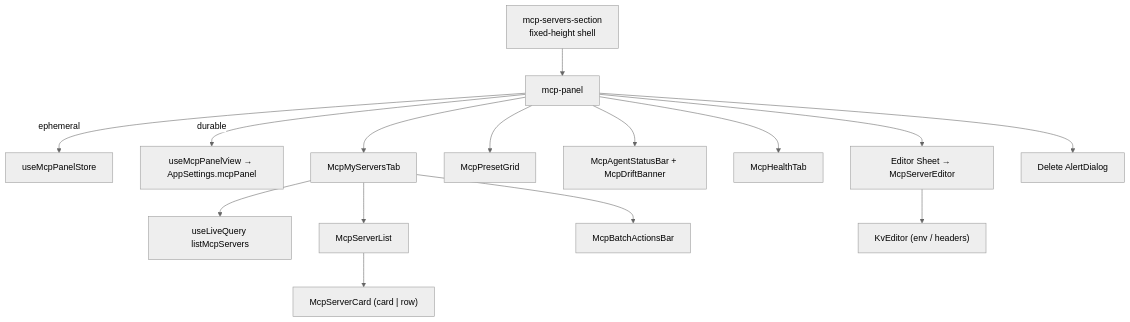
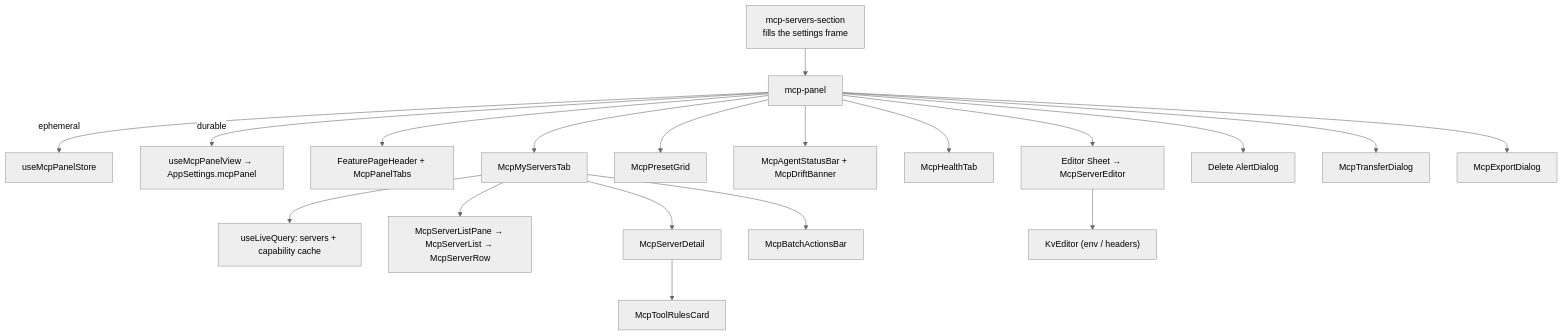
Before and after one commit to MaxQian888/cognia-next: the second of 2 diagrams in docs/content/docs/en/subsystems/mcp/settings-panel.mdx, drawn with Mermaid (neutral theme). The commit also changed other lines of this file and 13 other files, not shown here.

````diff
--- a/docs/content/docs/en/subsystems/mcp/settings-panel.mdx
+++ b/docs/content/docs/en/subsystems/mcp/settings-panel.mdx
@@ -118,17 +248,21 @@
 ```mermaid
 graph TD
-  Section["mcp-servers-section<br/>fixed-height shell"] --> Panel["mcp-panel"]
+  Section["mcp-servers-section<br/>fills the settings frame"] --> Panel["mcp-panel"]
   Panel -->|ephemeral| PS["useMcpPanelStore"]
   Panel -->|durable| VS["useMcpPanelView → AppSettings.mcpPanel"]
+  Panel --> Header["FeaturePageHeader + McpPanelTabs"]
   Panel --> T1["McpMyServersTab"]
   Panel --> T2["McpPresetGrid"]
   Panel --> T3["McpAgentStatusBar + McpDriftBanner"]
   Panel --> T4["McpHealthTab"]
   Panel --> EH["Editor Sheet → McpServerEditor"]
   Panel --> DH["Delete AlertDialog"]
-  T1 --> LQ["useLiveQuery listMcpServers"]
-  T1 --> List["McpServerList"]
+  Panel --> TD["McpTransferDialog"]
+  Panel --> XD["McpExportDialog"]
+  T1 --> LQ["useLiveQuery: servers + capability cache"]
+  T1 --> Pane["McpServerListPane → McpServerList → McpServerRow"]
+  T1 --> Detail["McpServerDetail"]
   T1 --> Bar["McpBatchActionsBar"]
-  List --> Card["McpServerCard (card | row)"]
-  EH --> Editor2["KvEditor (env / headers)"]
+  Detail --> TR["McpToolRulesCard"]
+  EH --> Kv["KvEditor (env / headers)"]
 ```
````
